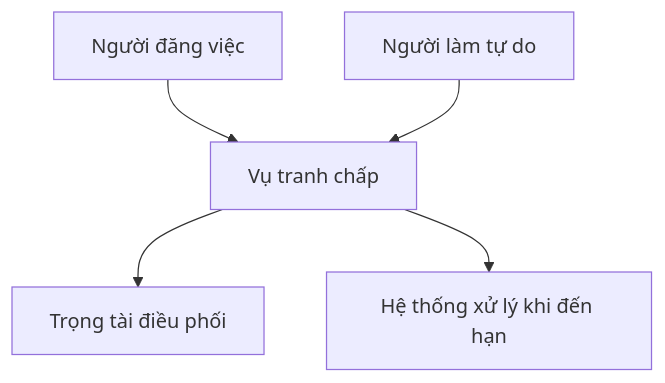
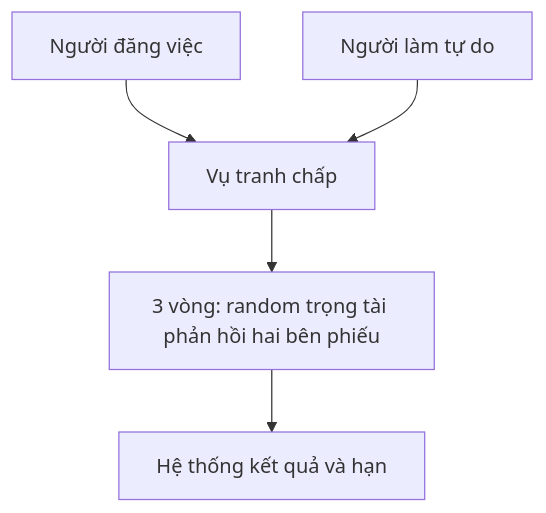
The third of 3 diagrams in flow-tổng-quan.md (dmt041104111003/docs-nckh), drawn with Mermaid before and after one commit. The commit also changed other lines of this file and 9 other files, not shown here.

````diff
--- a/flow-tổng-quan.md
+++ b/flow-tổng-quan.md
@@ -90,8 +92,8 @@
 ```mermaid
 flowchart TB
   V[Vụ tranh chấp]
   P[Người đăng việc] --> V
   F[Người làm tự do] --> V
-  V --> T[Trọng tài điều phối]
-  V --> M[Hệ thống xử lý khi đến hạn]
+  V --> R[3 vòng: random trọng tài phản hồi hai bên phiếu]
+  R --> M[Hệ thống kết quả và hạn]
 ```
````
